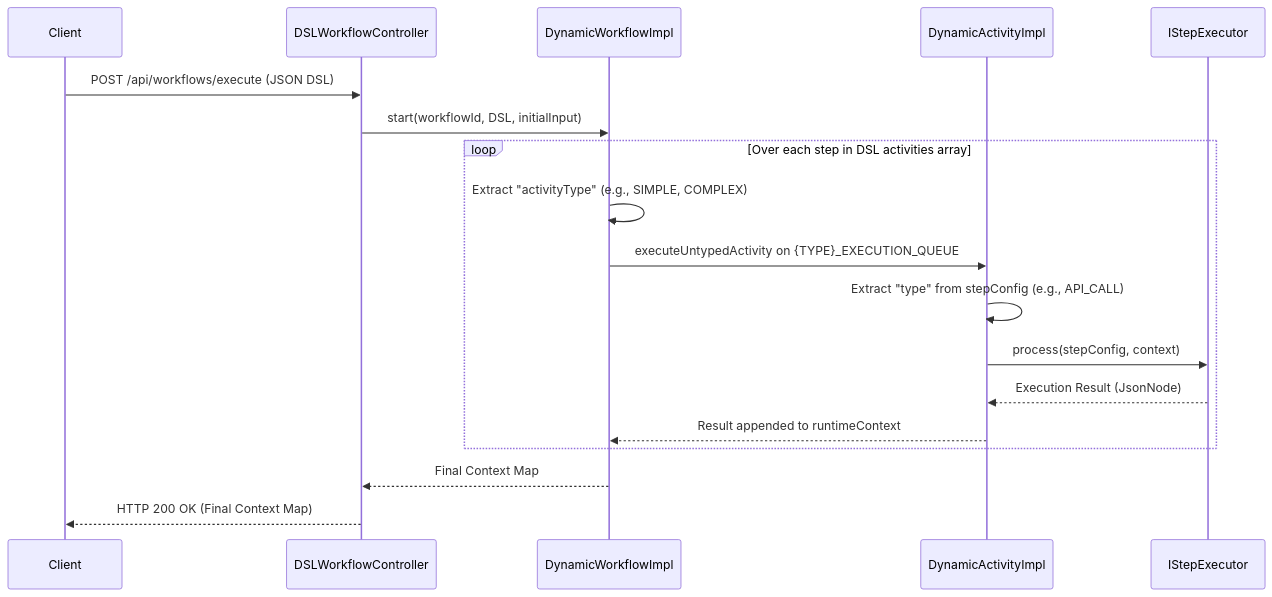
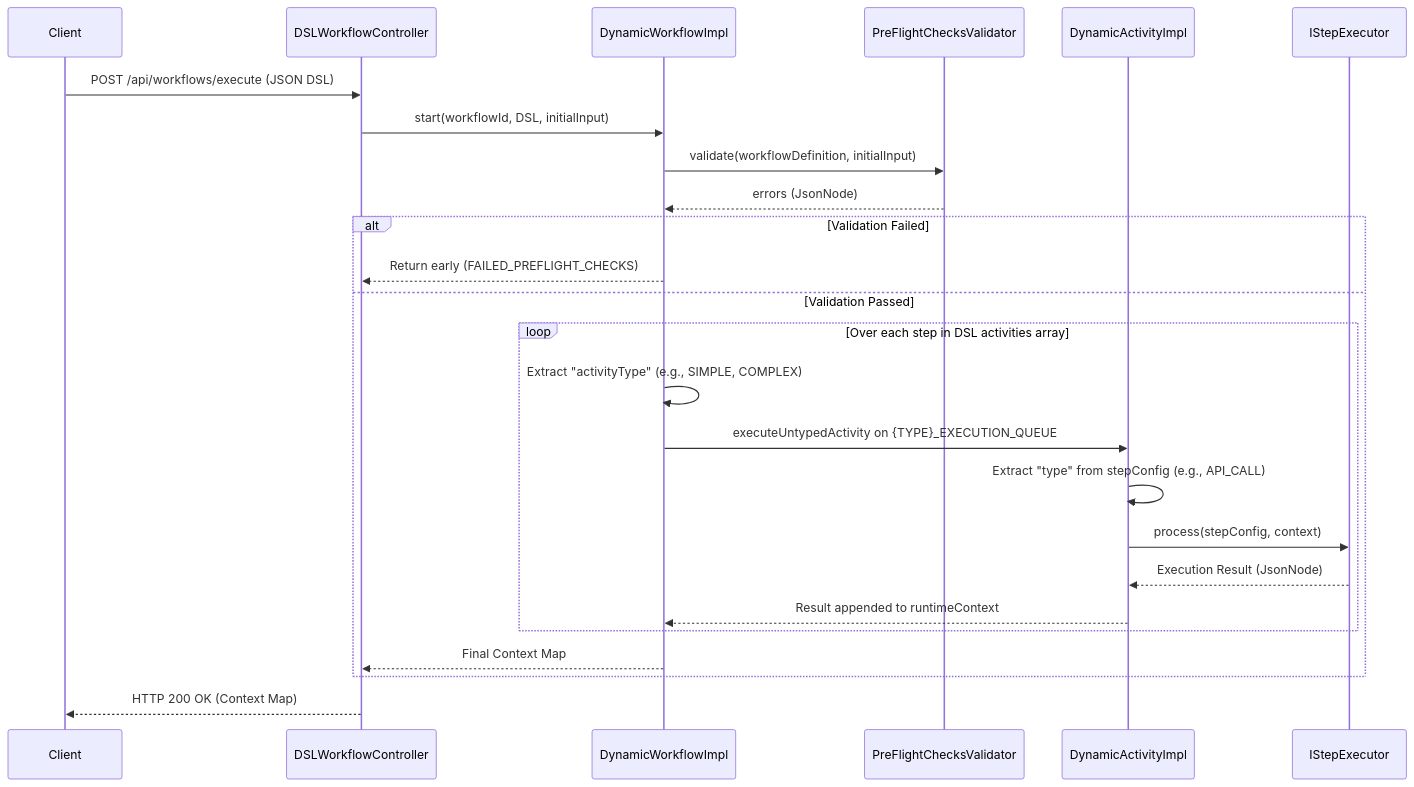
One commit to Inno-Verse/temporal-projects changed the second of 2 diagrams in dynamic-workflows/README.md. Above: the diagram before and after it, drawn with Mermaid. The commit also changed other lines of this file, not shown here.

Commit message:
docs: update README with PreFlightChecksValidator details

````diff
--- a/dynamic-workflows/README.md
+++ b/dynamic-workflows/README.md
@@ -60,23 +60,31 @@
 ```mermaid
 sequenceDiagram
     participant Client
     participant Controller as DSLWorkflowController
     participant Workflow as DynamicWorkflowImpl
+    participant Validator as PreFlightChecksValidator
     participant Activity as DynamicActivityImpl
     participant Executor as IStepExecutor
 
     Client->>Controller: POST /api/workflows/execute (JSON DSL)
     Controller->>Workflow: start(workflowId, DSL, initialInput)
     
-    loop Over each step in DSL activities array
-        Workflow->>Workflow: Extract "activityType" (e.g., SIMPLE, COMPLEX)
-        Workflow->>Activity: executeUntypedActivity on {TYPE}_EXECUTION_QUEUE
-        Activity->>Activity: Extract "type" from stepConfig (e.g., API_CALL)
-        Activity->>Executor: process(stepConfig, context)
-        Executor-->>Activity: Execution Result (JsonNode)
-        Activity-->>Workflow: Result appended to runtimeContext
+    Workflow->>Validator: validate(workflowDefinition, initialInput)
+    Validator-->>Workflow: errors (JsonNode)
+    
+    alt Validation Failed
+        Workflow-->>Controller: Return early (FAILED_PREFLIGHT_CHECKS)
+    else Validation Passed
+        loop Over each step in DSL activities array
+            Workflow->>Workflow: Extract "activityType" (e.g., SIMPLE, COMPLEX)
+            Workflow->>Activity: executeUntypedActivity on {TYPE}_EXECUTION_QUEUE
+            Activity->>Activity: Extract "type" from stepConfig (e.g., API_CALL)
+            Activity->>Executor: process(stepConfig, context)
+            Executor-->>Activity: Execution Result (JsonNode)
+            Activity-->>Workflow: Result appended to runtimeContext
+        end
+        Workflow-->>Controller: Final Context Map
     end
 
-    Workflow-->>Controller: Final Context Map
-    Controller-->>Client: HTTP 200 OK (Final Context Map)
+    Controller-->>Client: HTTP 200 OK (Context Map)
 ```
````
